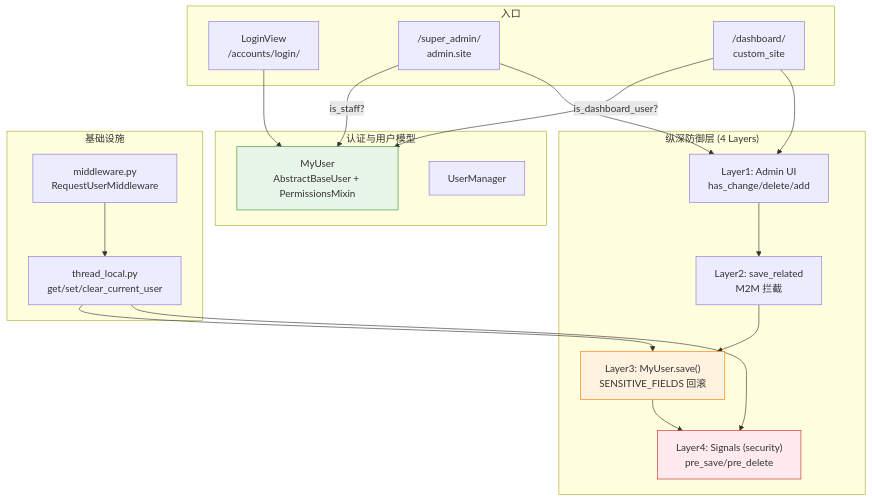
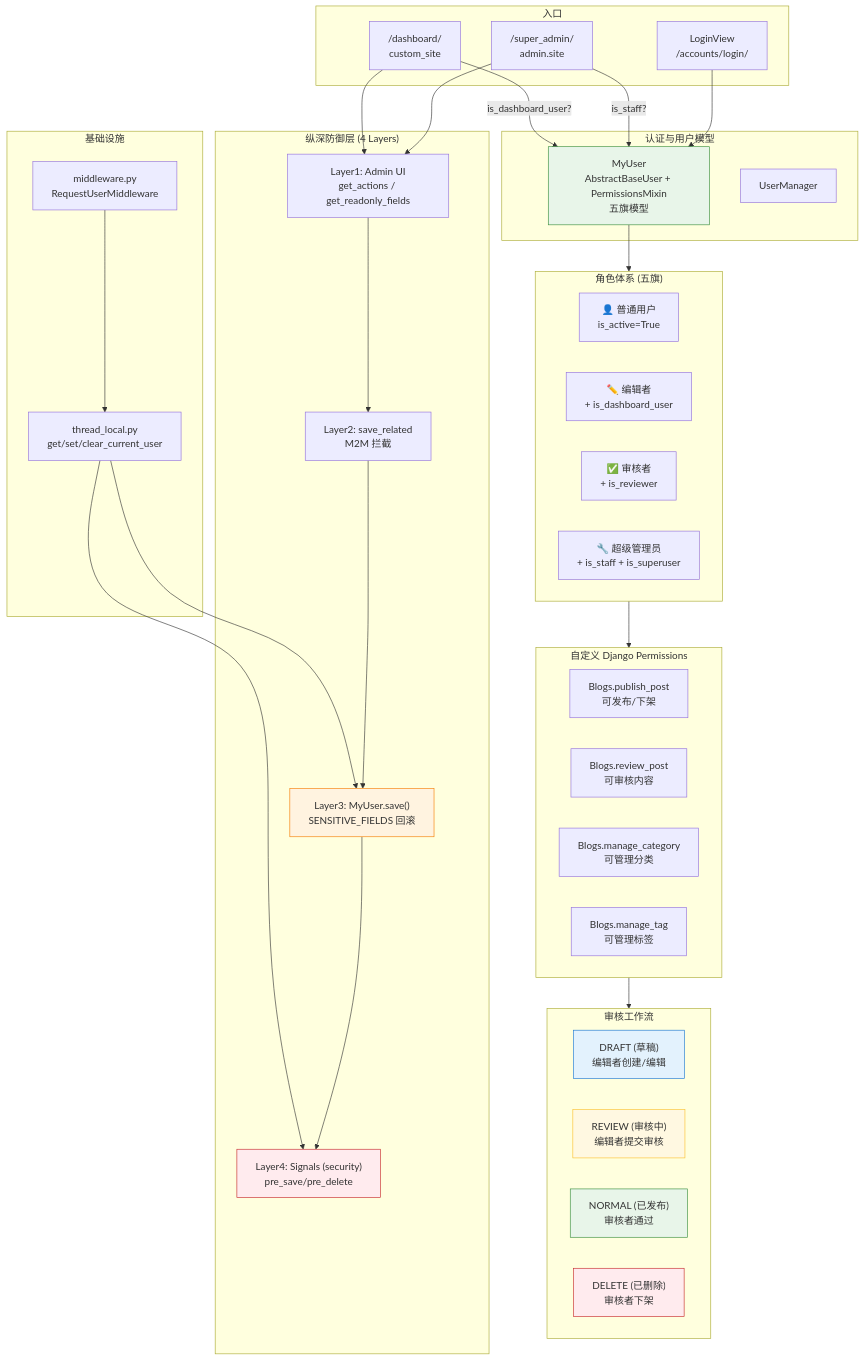
Before and after one commit to se-veN714/PowerAdapterBlogs: the first of 6 diagrams in accounts/DEVELOPMENT.md, drawn with Mermaid. The commit also changed other lines of this file and 41 other files, not shown here.

````diff
--- a/accounts/DEVELOPMENT.md
+++ b/accounts/DEVELOPMENT.md
@@ -36,43 +40,72 @@
 ```mermaid
 flowchart TD
     subgraph entry["入口"]
         LOGIN["LoginView<br/>/accounts/login/"]
         SA["/super_admin/<br/>admin.site"]
         DB["/dashboard/<br/>custom_site"]
     end
 
     subgraph auth["认证与用户模型"]
-        MYU["MyUser<br/>AbstractBaseUser + PermissionsMixin"]
+        MYU["MyUser<br/>AbstractBaseUser + PermissionsMixin<br/>五旗模型"]
         UM["UserManager"]
     end
 
+    subgraph roles["角色体系 (五旗)"]
+        R1["👤 普通用户<br/>is_active=True"]
+        R2["✏️ 编辑者<br/>+ is_dashboard_user"]
+        R3["✅ 审核者<br/>+ is_reviewer"]
+        R4["🔧 超级管理员<br/>+ is_staff + is_superuser"]
+    end
+
+    subgraph perms["自定义 Django Permissions"]
+        P1["Blogs.publish_post<br/>可发布/下架"]
+        P2["Blogs.review_post<br/>可审核内容"]
+        P3["Blogs.manage_category<br/>可管理分类"]
+        P4["Blogs.manage_tag<br/>可管理标签"]
+    end
+
+    subgraph workflow["审核工作流"]
+        W1["DRAFT (草稿)<br/>编辑者创建/编辑"]
+        W2["REVIEW (审核中)<br/>编辑者提交审核"]
+        W3["NORMAL (已发布)<br/>审核者通过"]
+        W4["DELETE (已删除)<br/>审核者下架"]
+    end
+
     subgraph defense["纵深防御层 (4 Layers)"]
-        L1["Layer1: Admin UI<br/>has_change/delete/add"]
+        L1["Layer1: Admin UI<br/>get_actions / get_readonly_fields"]
         L2["Layer2: save_related<br/>M2M 拦截"]
         L3["Layer3: MyUser.save()<br/>SENSITIVE_FIELDS 回滚"]
         L4["Layer4: Signals (security)<br/>pre_save/pre_delete"]
     end
 
     subgraph infra["基础设施"]
         TL["thread_local.py<br/>get/set/clear_current_user"]
         MW["middleware.py<br/>RequestUserMiddleware"]
     end
 
     LOGIN --> MYU
     SA -->|"is_staff?"| MYU
     DB -->|"is_dashboard_user?"| MYU
 
+    MYU --> roles
+    roles --> perms
+    perms --> workflow
+
     SA --> L1
     DB --> L1
     L1 --> L2
     L2 --> L3
     L3 --> L4
 
     MW --> TL
     TL --> L3
     TL --> L4
 
     style MYU fill:#e8f5e9,stroke:#388e3c
     style L3 fill:#fff3e0,stroke:#f57c00
     style L4 fill:#ffebee,stroke:#c62828
+    style W1 fill:#e3f2fd,stroke:#1976d2
+    style W2 fill:#fff8e1,stroke:#fbc02d
+    style W3 fill:#e8f5e9,stroke:#388e3c
+    style W4 fill:#ffebee,stroke:#c62828
 ```
````
